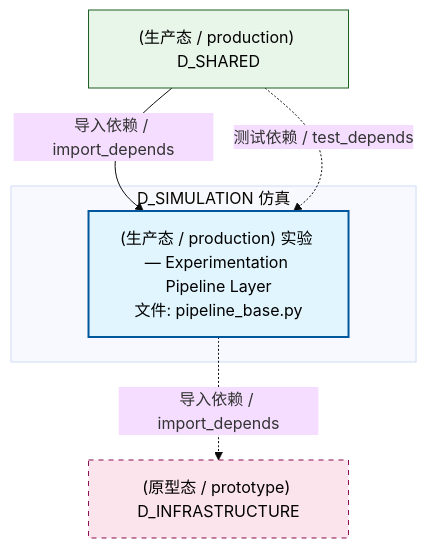
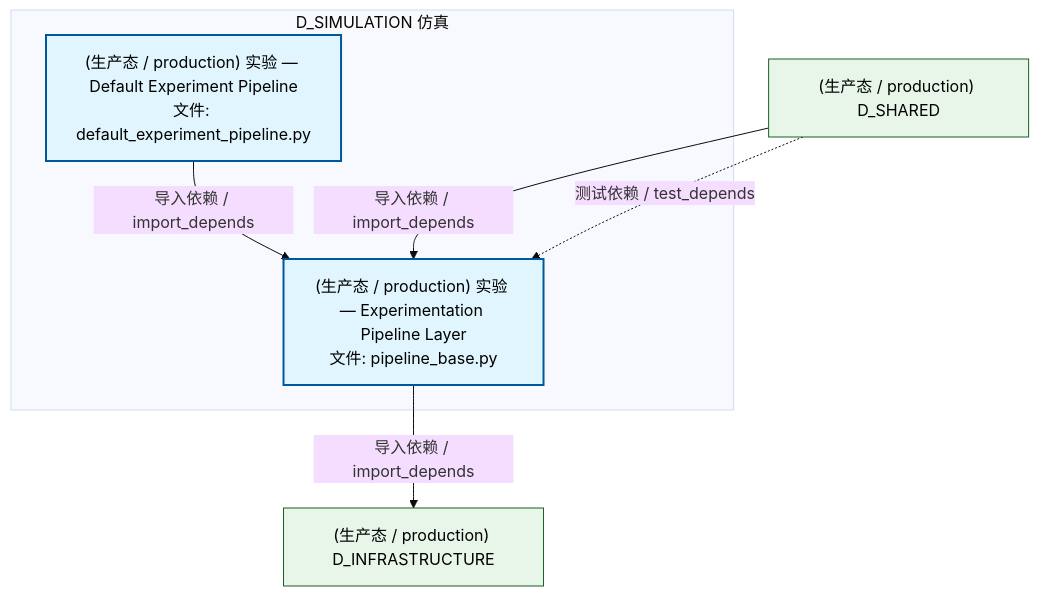
The second of 5 diagrams in docs/02_enterprise_architecture/02_domain_architecture_docs/57_d_simulation.md (xuanFelixVan/ZephyrAlpha), drawn with Mermaid (base theme) before and after one commit. The commit also changed other lines of this file and 126 other files, not shown here.

````diff
--- a/docs/02_enterprise_architecture/02_domain_architecture_docs/57_d_simulation.md
+++ b/docs/02_enterprise_architecture/02_domain_architecture_docs/57_d_simulation.md
@@ -112,18 +112,19 @@
 ```mermaid
 graph TD
     subgraph D_SIMULATION["D_SIMULATION 仿真"]
+        src_zephyr_simulation_implementations_default_experiment_pipeline_py["(生产态 / production) 实验 — Default Experiment Pipeline<br/>文件: default_experiment_pipeline.py"]
         src_zephyr_simulation_pipeline_base_py["(生产态 / production) 实验 — Experimentation Pipeline Layer<br/>文件: pipeline_base.py"]
     end
-    D_INFRASTRUCTURE["(原型态 / prototype) D_INFRASTRUCTURE"]
-    src_zephyr_simulation_pipeline_base_py -.->|导入依赖 / import_depends| D_INFRASTRUCTURE
+    src_zephyr_simulation_implementations_default_experiment_pipeline_py -->|导入依赖 / import_depends| src_zephyr_simulation_pipeline_base_py
+    D_INFRASTRUCTURE["(生产态 / production) D_INFRASTRUCTURE"]
+    src_zephyr_simulation_pipeline_base_py -->|导入依赖 / import_depends| D_INFRASTRUCTURE
     D_SHARED["(生产态 / production) D_SHARED"]
     D_SHARED -->|导入依赖 / import_depends| src_zephyr_simulation_pipeline_base_py
     D_SHARED -.->|测试依赖 / test_depends| src_zephyr_simulation_pipeline_base_py
     classDef production fill:#e1f5fe,stroke:#01579b,stroke-width:2px,color:#000
     classDef design fill:#fff3e0,stroke:#e65100,stroke-width:2px,color:#000,stroke-dasharray: 5 5
     classDef external_prod fill:#e8f5e9,stroke:#1b5e20,stroke-width:1px,color:#000
     classDef external_design fill:#fce4ec,stroke:#880e4f,stroke-width:1px,color:#000,stroke-dasharray: 5 5
-    class src_zephyr_simulation_pipeline_base_py production
-    class D_SHARED external_prod
-    class D_INFRASTRUCTURE external_design
+    class src_zephyr_simulation_implementations_default_experiment_pipeline_py,src_zephyr_simulation_pipeline_base_py production
+    class D_INFRASTRUCTURE,D_SHARED external_prod
 ```
````
